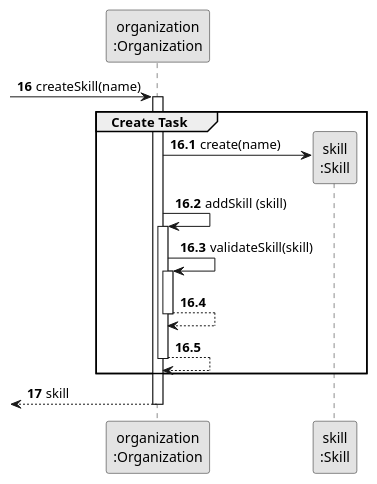
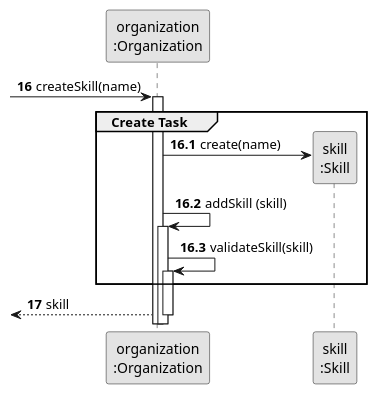
The diagram in docs/sprint2/us001/03.design/puml/us001-sequence-diagram-partial-create-skill.puml (tiagosoa/lei-24-s2-1dgh-g073), drawn with PlantUML before and after one commit. The commit also changed 74 other files, not shown here.

```diff
--- a/docs/sprint2/us001/03.design/puml/us001-sequence-diagram-partial-create-skill.puml
+++ b/docs/sprint2/us001/03.design/puml/us001-sequence-diagram-partial-create-skill.puml
@@ -1,34 +1,29 @@
 @startuml
 skinparam monochrome true
 skinparam packageStyle rectangle
 skinparam shadowing false
 
 participant "organization\n:Organization" as ORG
 participant "skill\n:Skill" as TAREFA
 
 autonumber 16
 -> ORG: createSkill(name)
 
 autonumber 16.1
 activate ORG
     group Create Task
 
         ORG -> TAREFA**: create(name)
         ORG -> ORG: addSkill (skill)
 
         activate ORG
             ORG -> ORG: validateSkill(skill)
             activate ORG
-                ORG --> ORG
-            deactivate ORG
-
-            ORG --> ORG
-        deactivate ORG
     end
 
     autonumber 17
     <-- ORG : skill
 deactivate ORG
 
 
 @enduml
```
